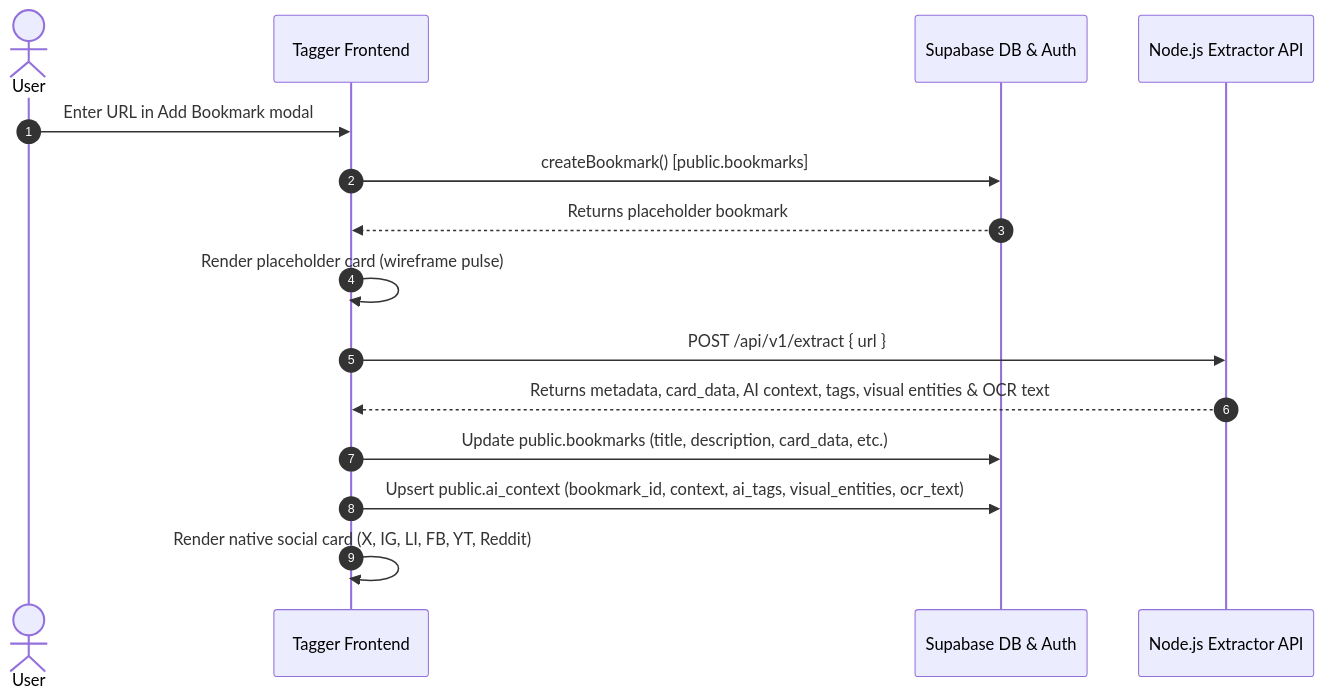
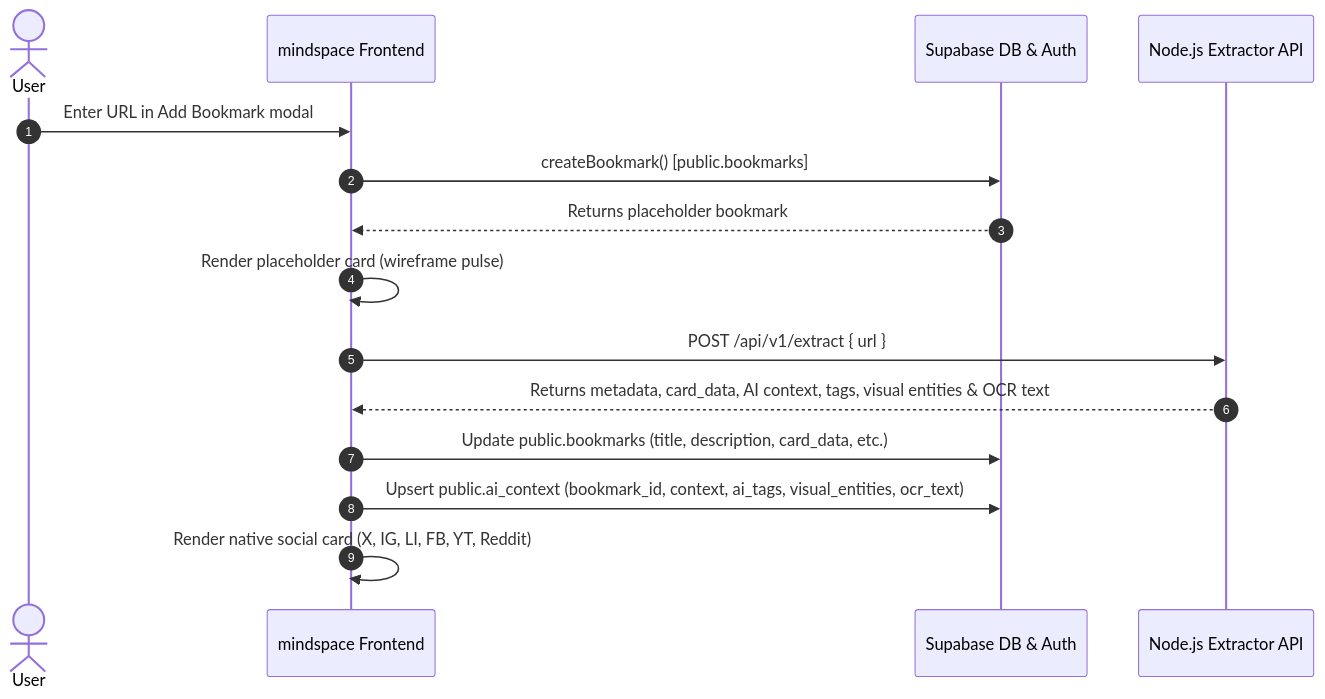
The diagram in README.md (vaddadi-abhishek/Tagger_Web), drawn with Mermaid before and after one commit. The commit also changed other lines of this file and 19 other files, not shown here.

````diff
--- a/README.md
+++ b/README.md
@@ -174,20 +174,20 @@
 ```mermaid
 sequenceDiagram
     autonumber
     actor User
-    participant Frontend as Tagger Frontend
+    participant Frontend as mindspace Frontend
     participant Supabase as Supabase DB & Auth
     participant Backend as Node.js Extractor API
 
     User->>Frontend: Enter URL in Add Bookmark modal
     Frontend->>Supabase: createBookmark() [public.bookmarks]
     Supabase-->>Frontend: Returns placeholder bookmark
     Frontend->>Frontend: Render placeholder card (wireframe pulse)
 
     Frontend->>Backend: POST /api/v1/extract { url }
     Backend-->>Frontend: Returns metadata, card_data, AI context, tags, visual entities & OCR text
 
     Frontend->>Supabase: Update public.bookmarks (title, description, card_data, etc.)
     Frontend->>Supabase: Upsert public.ai_context (bookmark_id, context, ai_tags, visual_entities, ocr_text)
     Frontend->>Frontend: Render native social card (X, IG, LI, FB, YT, Reddit)
 ```
````
